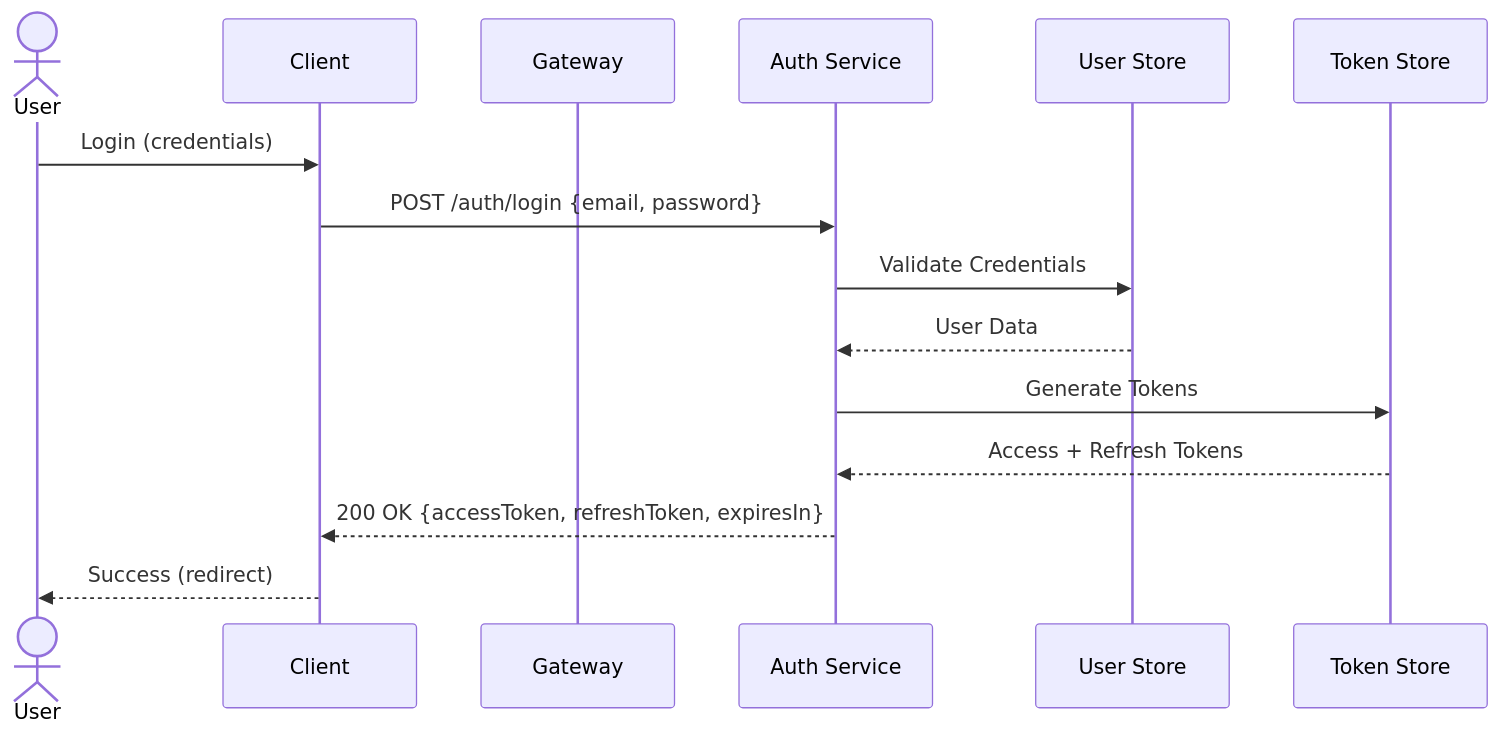
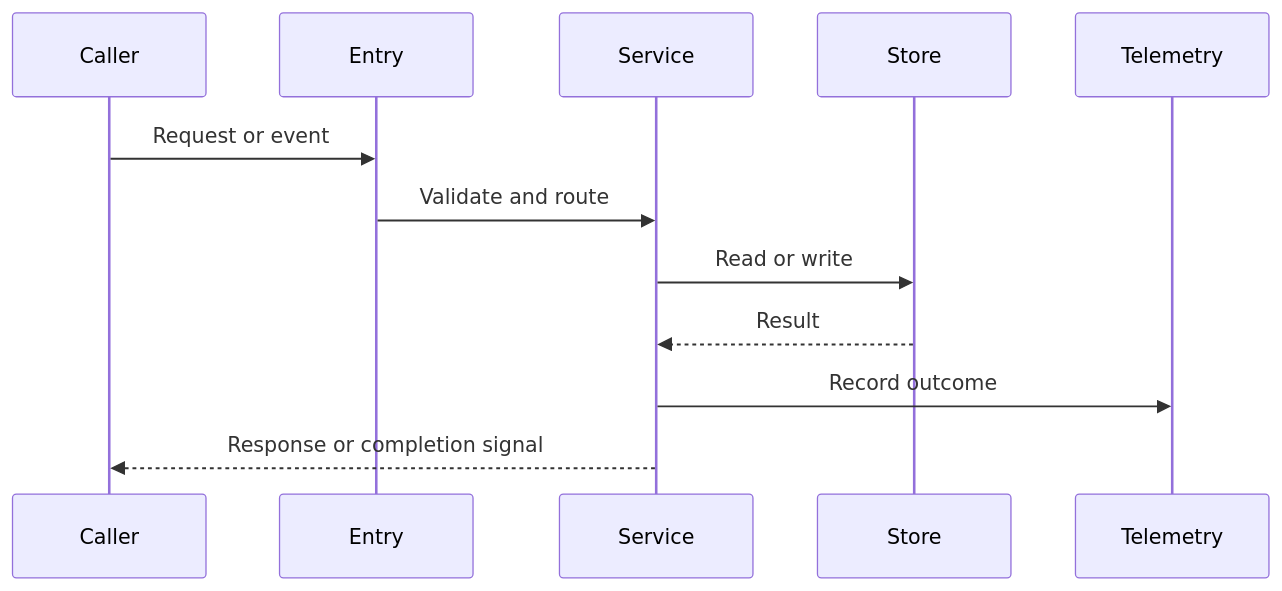
Before and after one commit to jnPiyush/AgentX: the second of 3 diagrams in .github/templates/SPEC-TEMPLATE.md, drawn with Mermaid. The commit also changed other lines of this file and 339 other files, not shown here.

````diff
--- a/.github/templates/SPEC-TEMPLATE.md
+++ b/.github/templates/SPEC-TEMPLATE.md
@@ -157,18 +100,14 @@
 ```mermaid
 sequenceDiagram
- actor User
- participant Client
- participant Gateway
- participant AuthService as Auth Service
- participant UserStore as User Store
- participant TokenStore as Token Store
-
- User->>Client: Login (credentials)
- Client->>AuthService: POST /auth/login {email, password}
- AuthService->>UserStore: Validate Credentials
- UserStore-->>AuthService: User Data
- AuthService->>TokenStore: Generate Tokens
- TokenStore-->>AuthService: Access + Refresh Tokens
- AuthService-->>Client: 200 OK {accessToken, refreshToken, expiresIn}
- Client-->>User: Success (redirect)
+    participant Caller
+    participant Entry
+    participant Service
+    participant Store
+    participant Telemetry
+    Caller->>Entry: Request or event
+    Entry->>Service: Validate and route
+    Service->>Store: Read or write
+    Store-->>Service: Result
+    Service->>Telemetry: Record outcome
+    Service-->>Caller: Response or completion signal
 ```
````
